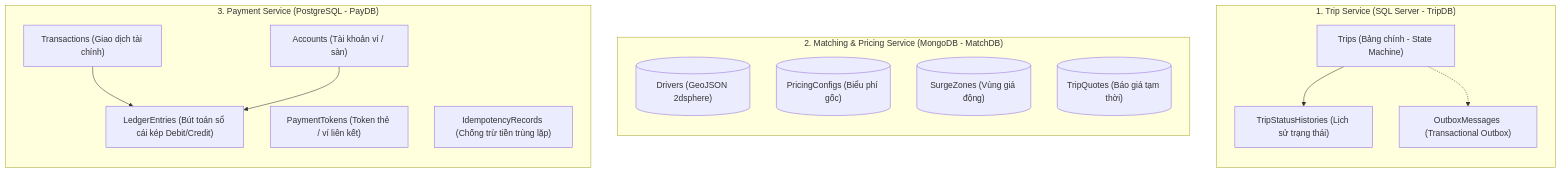
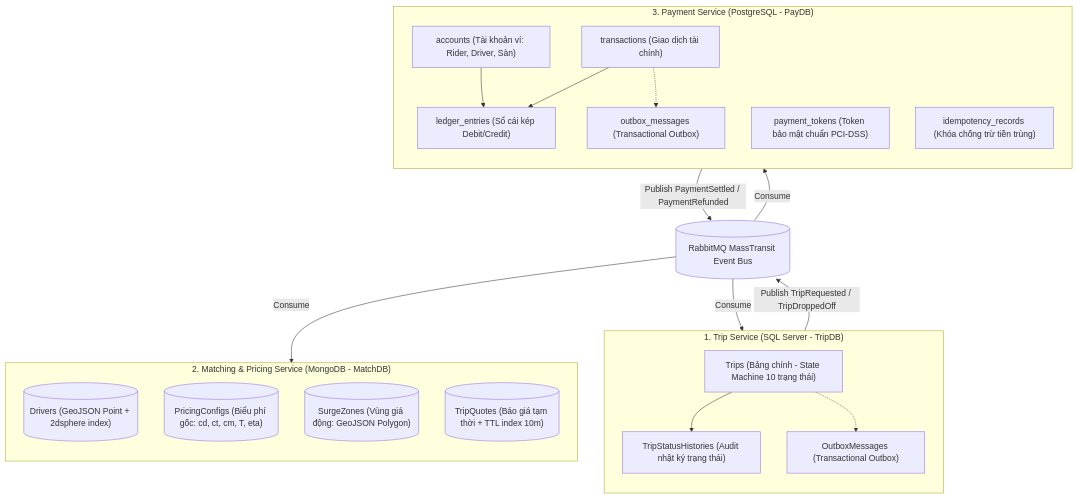
The first of 3 diagrams in docs/DATABASE_DESIGN.md (phwkha/SwiftRide), drawn with Mermaid before and after one commit. The commit also changed other lines of this file and 4 other files, not shown here.

Commit message:
Add functional decomposition and detailed sequence diagrams for SwiftRide system

````diff
--- a/docs/DATABASE_DESIGN.md
+++ b/docs/DATABASE_DESIGN.md
@@ -14,31 +39,40 @@
 ```mermaid
 flowchart TD
     subgraph TripService_Scope["1. Trip Service (SQL Server - TripDB)"]
         direction TB
-        Trips["Trips (Bảng chính - State Machine)"]
-        TripStatusHistories["TripStatusHistories (Lịch sử trạng thái)"]
-        OutboxMessages["OutboxMessages (Transactional Outbox)"]
+        Trips["Trips (Bảng chính - State Machine 10 trạng thái)"]
+        TripStatusHistories["TripStatusHistories (Audit nhật ký trạng thái)"]
+        TripOutbox["OutboxMessages (Transactional Outbox)"]
         Trips --> TripStatusHistories
-        Trips -.-> OutboxMessages
+        Trips -.-> TripOutbox
     end
 
     subgraph MatchingService_Scope["2. Matching & Pricing Service (MongoDB - MatchDB)"]
         direction TB
-        Drivers[("Drivers (GeoJSON 2dsphere)")]
-        PricingConfigs[("PricingConfigs (Biểu phí gốc)")]
-        SurgeZones[("SurgeZones (Vùng giá động)")]
-        TripQuotes[("TripQuotes (Báo giá tạm thời)")]
+        Drivers[("Drivers (GeoJSON Point + 2dsphere index)")]
+        PricingConfigs[("PricingConfigs (Biểu phí gốc: cd, ct, cm, T, eta)")]
+        SurgeZones[("SurgeZones (Vùng giá động: GeoJSON Polygon)")]
+        TripQuotes[("TripQuotes (Báo giá tạm thời + TTL index 10m)")]
     end
 
     subgraph PaymentService_Scope["3. Payment Service (PostgreSQL - PayDB)"]
         direction TB
-        Accounts["Accounts (Tài khoản ví / sàn)"]
-        Transactions["Transactions (Giao dịch tài chính)"]
-        LedgerEntries["LedgerEntries (Bút toán sổ cái kép Debit/Credit)"]
-        PaymentTokens["PaymentTokens (Token thẻ / ví liên kết)"]
-        IdempotencyRecords["IdempotencyRecords (Chống trừ tiền trùng lặp)"]
+        Accounts["accounts (Tài khoản ví: Rider, Driver, Sàn)"]
+        Transactions["transactions (Giao dịch tài chính)"]
+        LedgerEntries["ledger_entries (Sổ cái kép Debit/Credit)"]
+        PaymentTokens["payment_tokens (Token bảo mật chuẩn PCI-DSS)"]
+        IdempotencyRecords["idempotency_records (Khóa chống trừ tiền trùng)"]
+        PayOutbox["outbox_messages (Transactional Outbox)"]
         
         Transactions --> LedgerEntries
         Accounts --> LedgerEntries
+        Transactions -.-> PayOutbox
     end
+
+    EventBus[("RabbitMQ MassTransit Event Bus")]
+    TripOutbox -->|Publish TripRequested / TripDroppedOff| EventBus
+    EventBus -->|Consume| MatchingService_Scope
+    EventBus -->|Consume| PaymentService_Scope
+    PayOutbox -->|Publish PaymentSettled / PaymentRefunded| EventBus
+    EventBus -->|Consume| TripService_Scope
 ```
````
